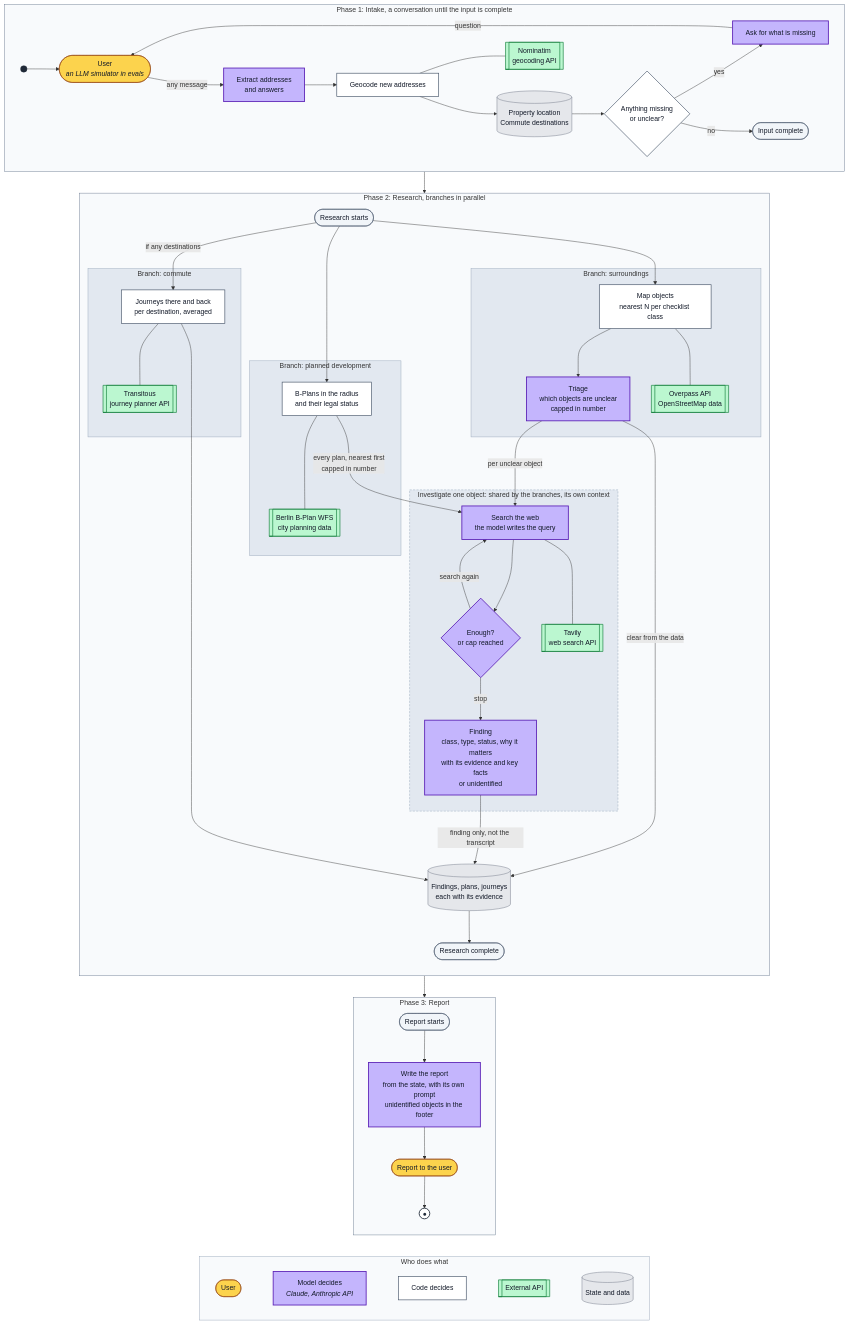
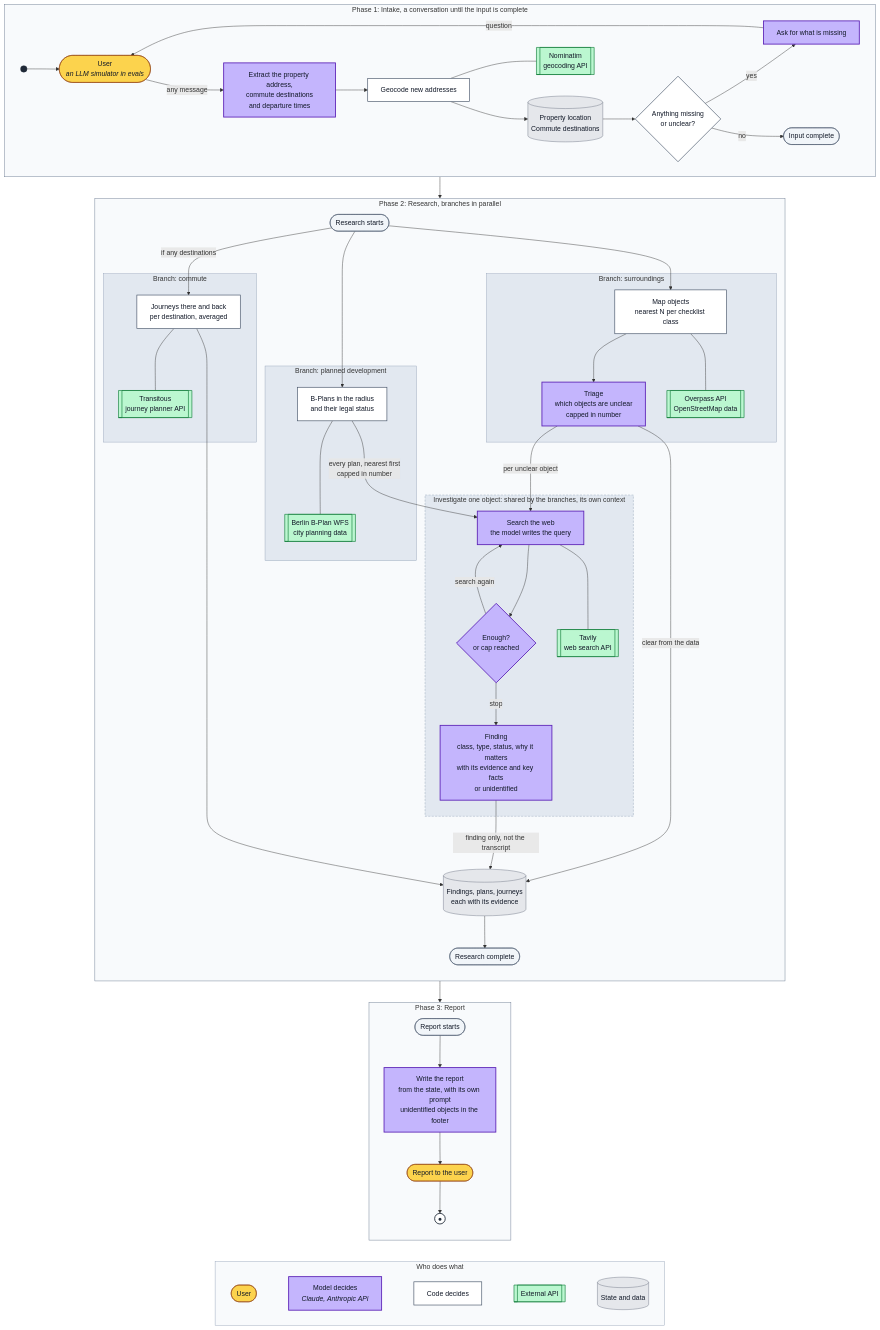
The first of 2 diagrams in docs/architecture.md (avashchenkov/out-of-frame), drawn with Mermaid before and after one commit.

Commit message:
docs: name what intake extracts in the flowchart

```diff
--- a/docs/architecture.md
+++ b/docs/architecture.md
@@ -10,7 +10,7 @@
         direction LR
         START((" ")):::start
         U(["User<br/><i>an LLM simulator in evals</i>"]):::human
-        M["Extract addresses<br/>and answers"]:::model
+        M["Extract the property address,<br/>commute destinations<br/>and departure times"]:::model
         G["Geocode new addresses"]:::code
         NOM[["Nominatim<br/>geocoding API"]]:::ext
         PR[("Property location<br/>Commute destinations")]:::data
```
